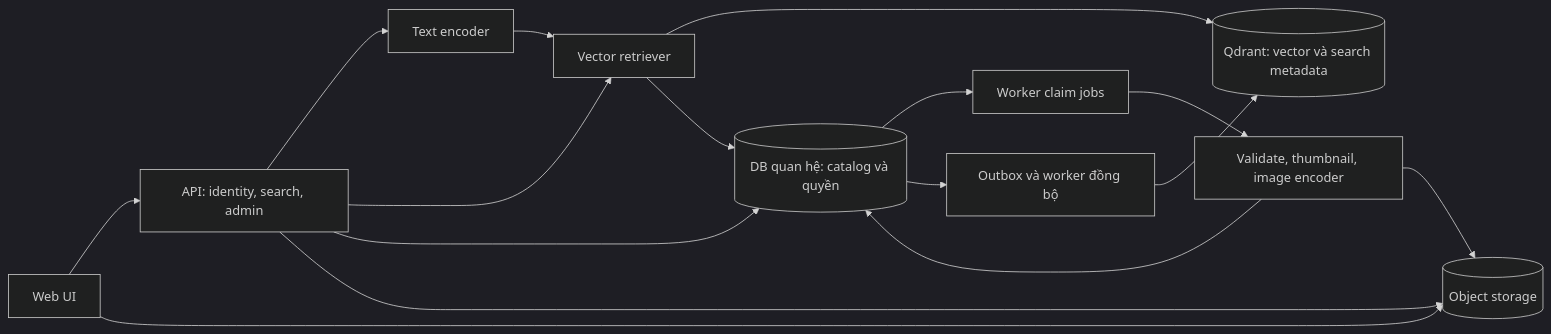
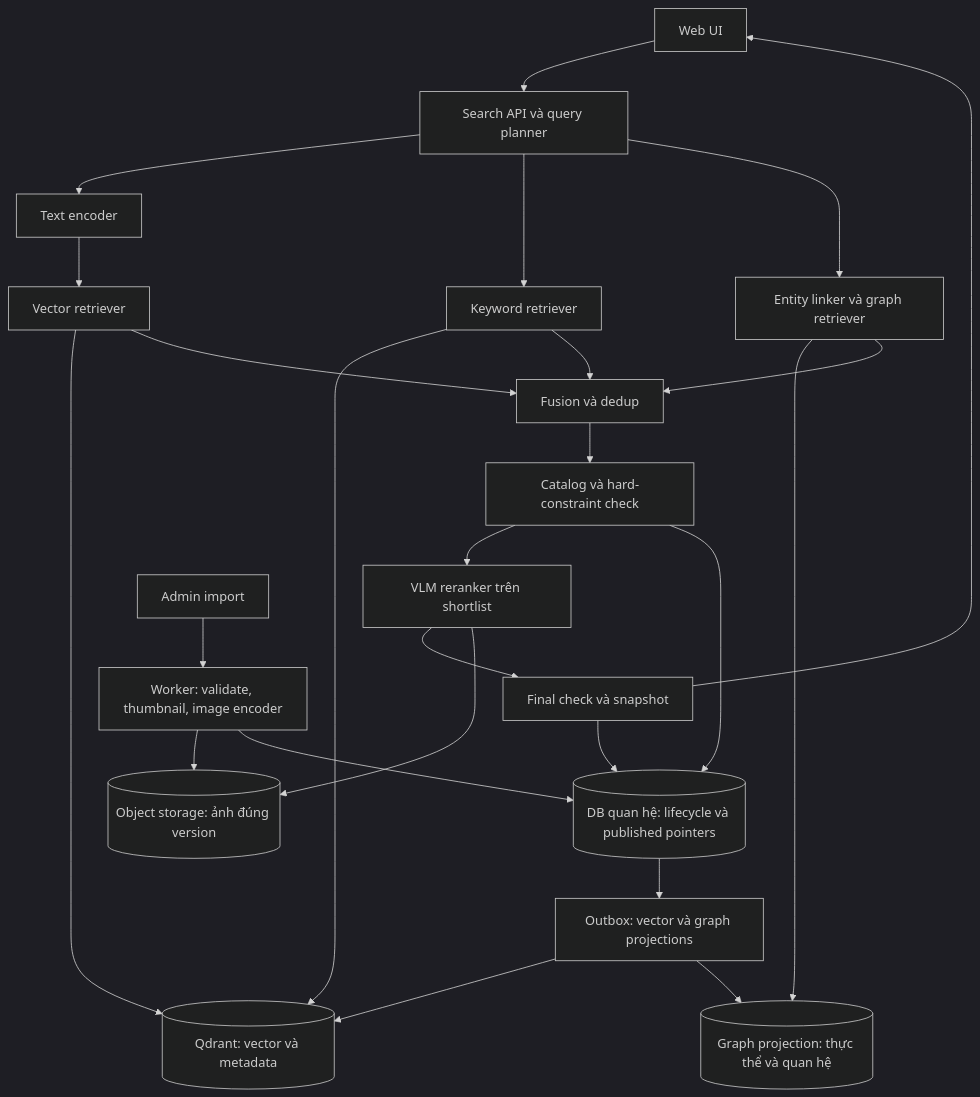
Before and after one commit to thong0609/image-search: the diagram in docs/system-design.md, drawn with Mermaid (dark theme). The commit also changed other lines of this file and 16 other files, not shown here.

````diff
--- a/docs/system-design.md
+++ b/docs/system-design.md
@@ -7,18 +7,27 @@
 ```mermaid
-flowchart LR
-    UI[Web UI] --> API[API: identity, search, admin]
+flowchart TD
+    UI[Web UI] --> API[Search API và query planner]
     API --> ENC[Text encoder]
-    ENC --> RET[Vector retriever]
-    API --> RET
-    RET --> QD[(Qdrant: vector và search metadata)]
-    RET --> PG[(DB quan hệ: catalog và quyền)]
-    API --> PG
-    API --> OBJ[(Object storage)]
-    UI --> OBJ
-    PG --> JOB[Worker claim jobs]
-    JOB --> IMG[Validate, thumbnail, image encoder]
-    IMG --> OBJ
-    IMG --> PG
-    PG --> SYNC[Outbox và worker đồng bộ]
+    ENC --> V[Vector retriever]
+    API --> K[Keyword retriever]
+    API --> G[Entity linker và graph retriever]
+    V --> QD[(Qdrant: vector và metadata)]
+    K --> QD
+    G --> GR[(Graph projection: thực thể và quan hệ)]
+    V --> F[Fusion và dedup]
+    K --> F
+    G --> F
+    F --> C[Catalog và hard-constraint check]
+    C --> R[VLM reranker trên shortlist]
+    R --> S[Final check và snapshot]
+    S --> UI
+    C --> DB[(DB quan hệ: lifecycle và published pointers)]
+    S --> DB
+    R --> OBJ[(Object storage: ảnh đúng version)]
+    ADMIN[Admin import] --> JOB[Worker: validate, thumbnail, image encoder]
+    JOB --> OBJ
+    JOB --> DB
+    DB --> SYNC[Outbox: vector và graph projections]
     SYNC --> QD
+    SYNC --> GR
 ```
````
